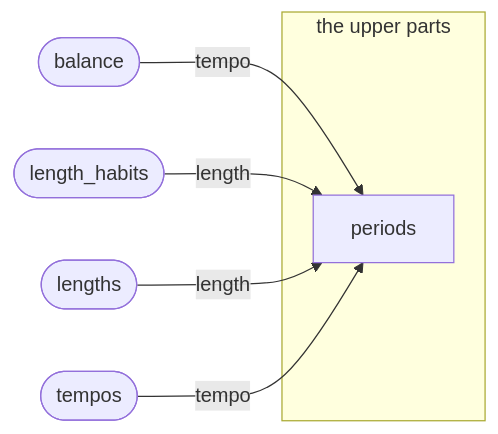
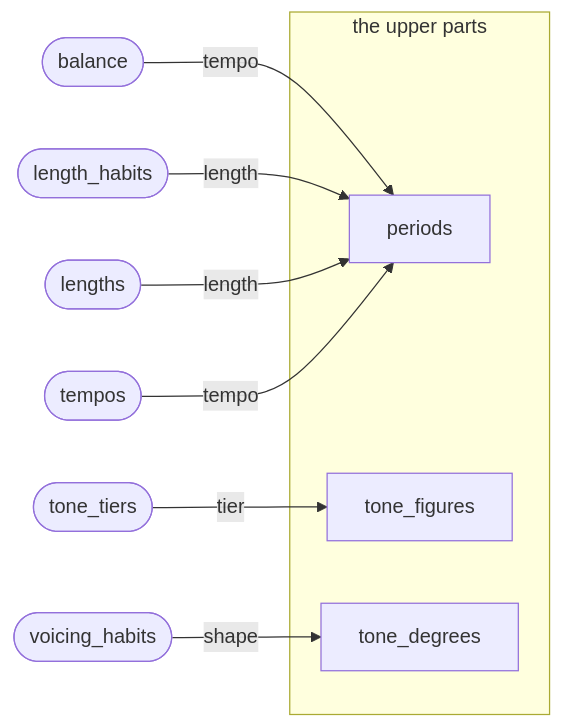
One commit to CatDogBark/bitComposer changed the sixth of 9 diagrams in docs/idiom/vocabulary-map.md. Above: the diagram before and after it, drawn with Mermaid. The commit also changed other lines of this file and 3 other files, not shown here.

````diff
--- a/docs/idiom/vocabulary-map.md
+++ b/docs/idiom/vocabulary-map.md
@@ -438,14 +442,20 @@
 ```mermaid
 flowchart LR
   balance(["balance"])
   length_habits(["length_habits"])
   lengths(["lengths"])
   tempos(["tempos"])
+  tone_tiers(["tone_tiers"])
+  voicing_habits(["voicing_habits"])
   subgraph stage_upper["the upper parts"]
     periods["periods"]
+    tone_figures["tone_figures"]
+    tone_degrees["tone_degrees"]
   end
   balance -- tempo --> periods
   length_habits -- length --> periods
   lengths -- length --> periods
   tempos -- tempo --> periods
+  tone_tiers -- tier --> tone_figures
+  voicing_habits -- shape --> tone_degrees
 ```
````
